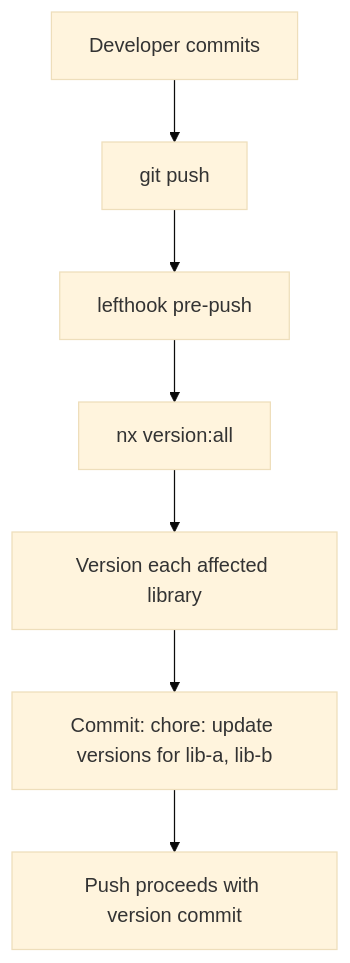
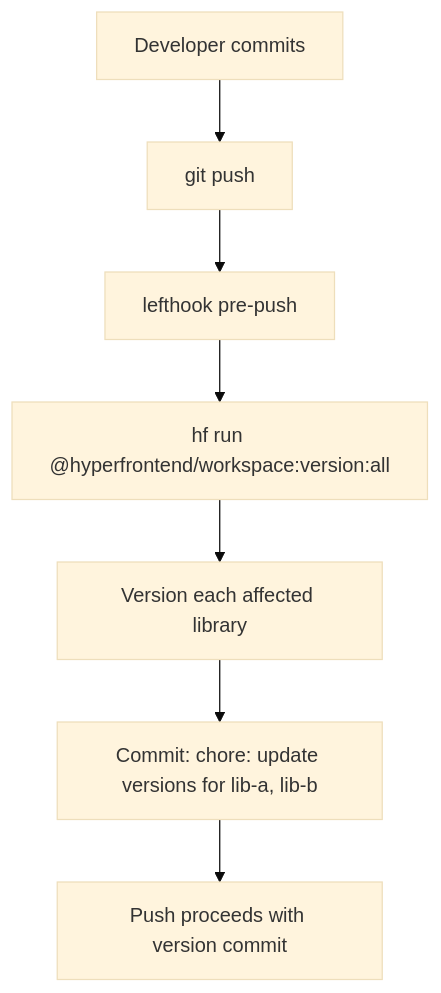
The second of 4 diagrams in tools/package/src/executors/version/ARCHITECTURE.md (AndrewRedican/hyperfrontend), drawn with Mermaid (base theme) before and after one commit. The commit also changed other lines of this file and 14 other files, not shown here.

````diff
--- a/tools/package/src/executors/version/ARCHITECTURE.md
+++ b/tools/package/src/executors/version/ARCHITECTURE.md
@@ -124,9 +124,9 @@
 ```mermaid
 flowchart TD
     A[Developer commits] --> B[git push]
     B --> C[lefthook pre-push]
-    C --> D[nx version:all]
+    C --> D[hf run @hyperfrontend/workspace:version:all]
     D --> E[Version each affected library]
     E --> F["Commit: chore: update versions for lib-a, lib-b"]
     F --> G[Push proceeds with version commit]
 ```
````
